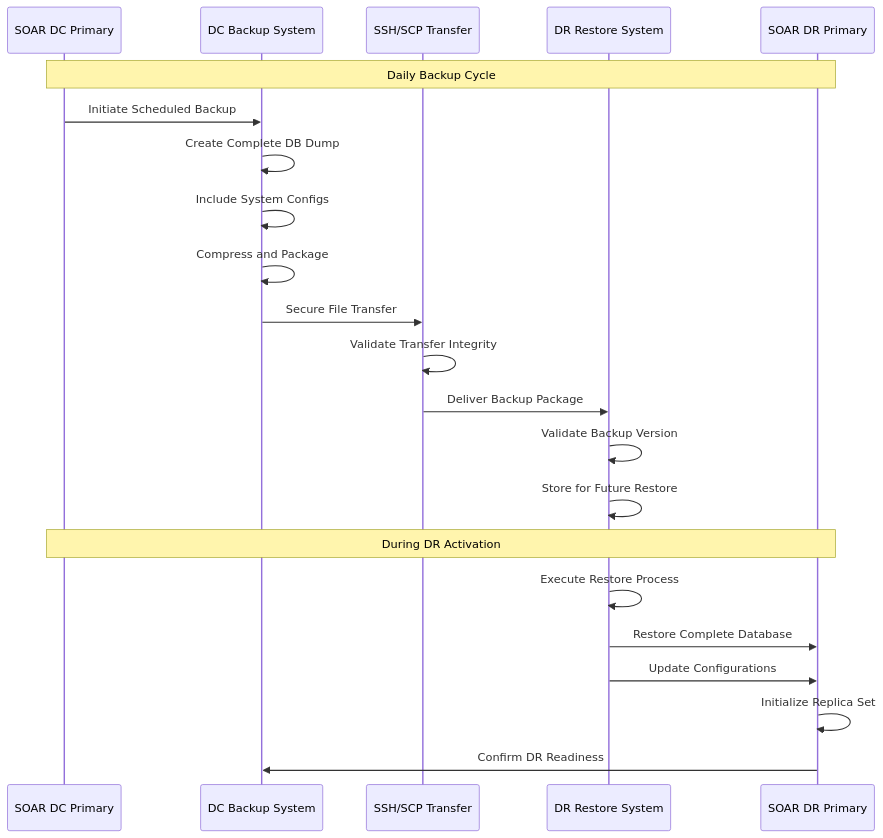
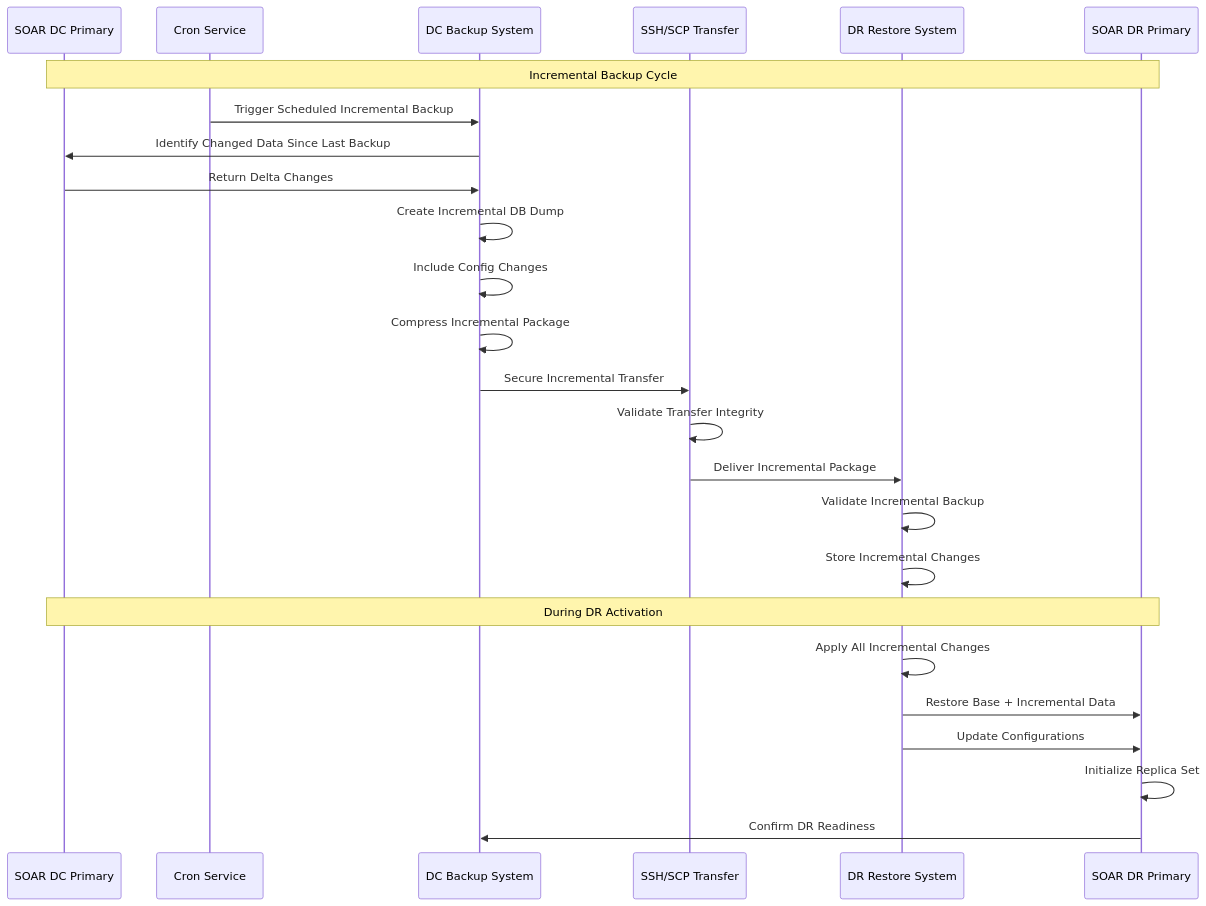
The eighth of 8 diagrams in HA_DR_Architecture_Documentation.md (Vishwa0220/customers-docs), drawn with Mermaid before and after one commit. The commit also changed other lines of this file, not shown here.

````diff
--- a/HA_DR_Architecture_Documentation.md
+++ b/HA_DR_Architecture_Documentation.md
@@ -512,30 +520,33 @@
 ```mermaid
 sequenceDiagram
     participant DC as SOAR DC Primary
+    participant CRON as Cron Service
     participant BACKUP as DC Backup System
     participant TRANSFER as SSH/SCP Transfer
     participant RESTORE as DR Restore System
     participant DR as SOAR DR Primary
     
-    Note over DC,DR: Daily Backup Cycle
+    Note over DC,DR: Incremental Backup Cycle
     
-    DC->>BACKUP: Initiate Scheduled Backup
-    BACKUP->>BACKUP: Create Complete DB Dump
-    BACKUP->>BACKUP: Include System Configs
-    BACKUP->>BACKUP: Compress and Package
+    CRON->>BACKUP: Trigger Scheduled Incremental Backup
+    BACKUP->>DC: Identify Changed Data Since Last Backup
+    DC->>BACKUP: Return Delta Changes
+    BACKUP->>BACKUP: Create Incremental DB Dump
+    BACKUP->>BACKUP: Include Config Changes
+    BACKUP->>BACKUP: Compress Incremental Package
     
-    BACKUP->>TRANSFER: Secure File Transfer
+    BACKUP->>TRANSFER: Secure Incremental Transfer
     TRANSFER->>TRANSFER: Validate Transfer Integrity
-    TRANSFER->>RESTORE: Deliver Backup Package
+    TRANSFER->>RESTORE: Deliver Incremental Package
     
-    RESTORE->>RESTORE: Validate Backup Version
-    RESTORE->>RESTORE: Store for Future Restore
+    RESTORE->>RESTORE: Validate Incremental Backup
+    RESTORE->>RESTORE: Store Incremental Changes
     
     Note over DC,DR: During DR Activation
     
-    RESTORE->>RESTORE: Execute Restore Process
-    RESTORE->>DR: Restore Complete Database
+    RESTORE->>RESTORE: Apply All Incremental Changes
+    RESTORE->>DR: Restore Base + Incremental Data
     RESTORE->>DR: Update Configurations
     DR->>DR: Initialize Replica Set
     DR->>BACKUP: Confirm DR Readiness
 ```
````
